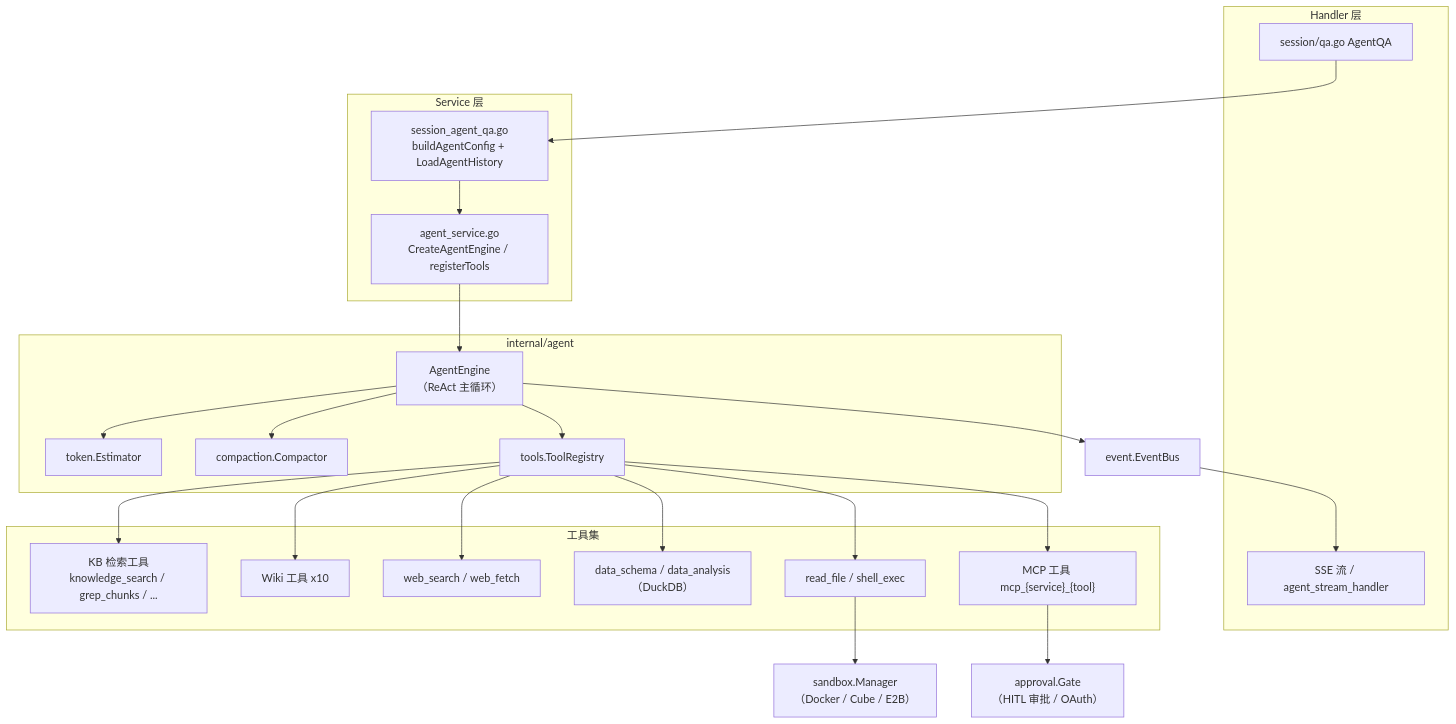
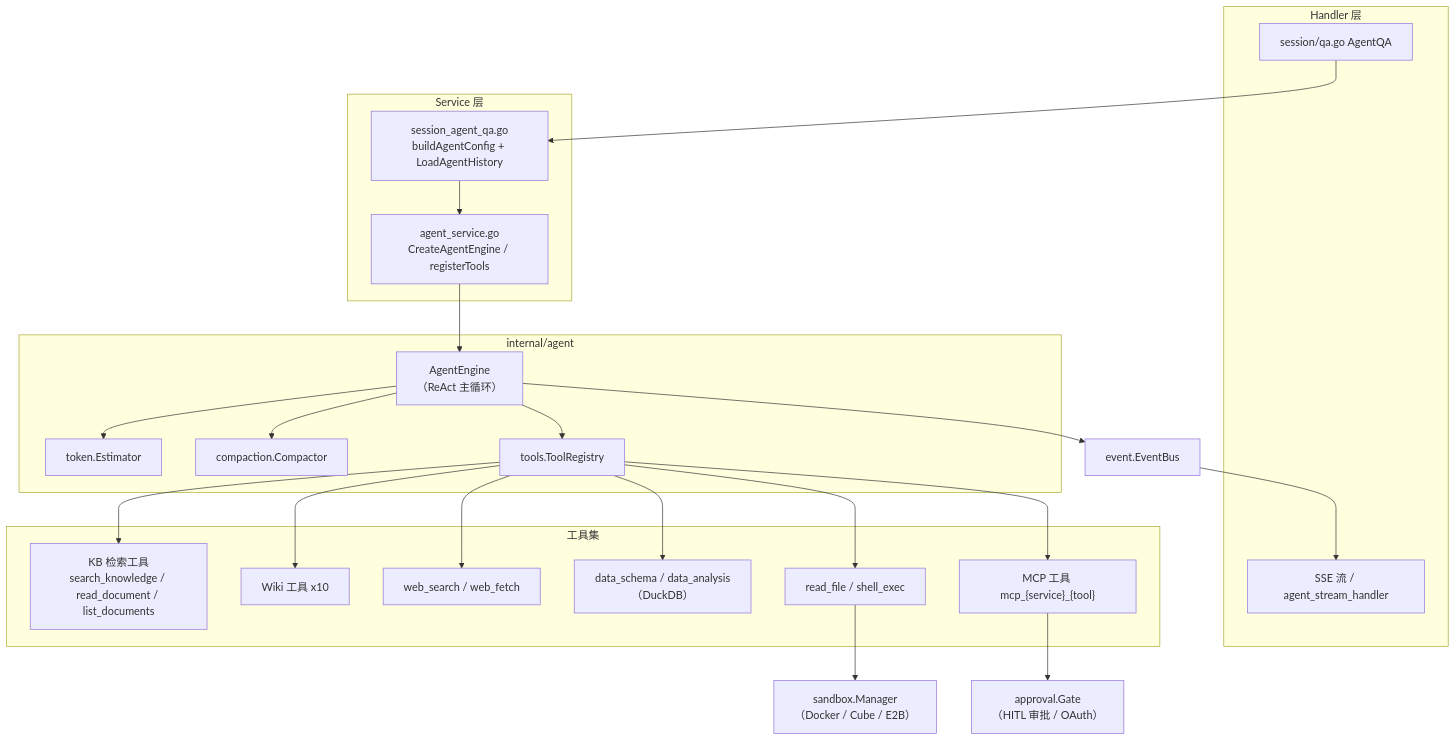
The first of 3 diagrams in website-docs/03-features/07-agent.md (michadel/WeKnora), drawn with Mermaid before and after one commit. The commit also changed other lines of this file and 89 other files, not shown here.

First line of the commit message:
refactor(agent): consolidate knowledge retrieval tools into search_knowledge, read_document, list_documents (#3381)

````diff
--- a/website-docs/03-features/07-agent.md
+++ b/website-docs/03-features/07-agent.md
@@ -227,42 +227,42 @@
 ```mermaid
 flowchart TB
     subgraph HandlerLayer["Handler 层"]
         H1["session/qa.go AgentQA"]
         SSE["SSE 流 / agent_stream_handler"]
     end
     subgraph ServiceLayer["Service 层"]
         SQA["session_agent_qa.go<br/>buildAgentConfig + LoadAgentHistory"]
         AS["agent_service.go<br/>CreateAgentEngine / registerTools"]
     end
     subgraph EngineLayer["internal/agent"]
         ENG["AgentEngine<br/>（ReAct 主循环）"]
         TOK["token.Estimator"]
         MEM["compaction.Compactor"]
         REG["tools.ToolRegistry"]
     end
     subgraph Tools["工具集"]
-        KB["KB 检索工具<br/>knowledge_search / grep_chunks / ..."]
+        KB["KB 检索工具<br/>search_knowledge / read_document / list_documents"]
         WIKI["Wiki 工具 x10"]
         WEB["web_search / web_fetch"]
         DATA["data_schema / data_analysis（DuckDB）"]
         SKILL["read_file / shell_exec"]
         MCP["MCP 工具 mcp_{service}_{tool}"]
     end
     GATE["approval.Gate<br/>（HITL 审批 / OAuth）"]
     SBX["sandbox.Manager<br/>（Docker / Cube / E2B）"]
     EB["event.EventBus"]
 
     H1 --> SQA --> AS --> ENG
     ENG --> TOK
     ENG --> MEM
     ENG --> REG
     REG --> KB
     REG --> WIKI
     REG --> WEB
     REG --> DATA
     REG --> SKILL
     REG --> MCP
     MCP --> GATE
     SKILL --> SBX
     ENG --> EB --> SSE
 ```
````
